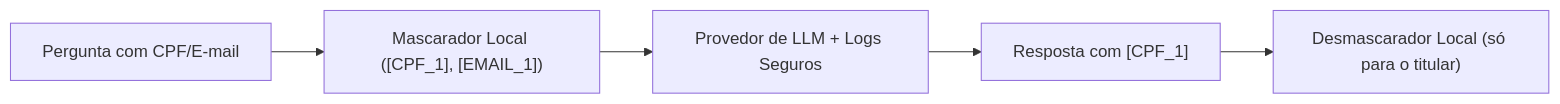
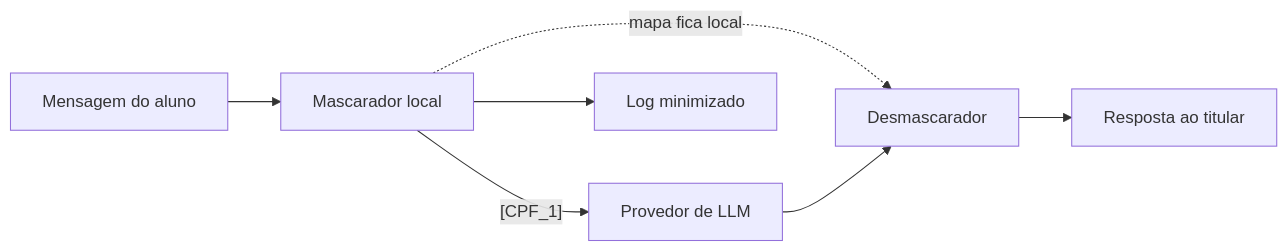
One commit to Lip3Bazinga/v0-level-usp-project changed the diagram in content/cursos/n7-engenharia-de-ia/06-avaliacao-seguranca-e-etica/03-privacidade-e-lgpd.lvl.md. Above: the diagram before and after it, drawn with Mermaid. The commit also changed other lines of this file and 3 other files, not shown here.

````diff
--- a/content/cursos/n7-engenharia-de-ia/06-avaliacao-seguranca-e-etica/03-privacidade-e-lgpd.lvl.md
+++ b/content/cursos/n7-engenharia-de-ia/06-avaliacao-seguranca-e-etica/03-privacidade-e-lgpd.lvl.md
@@ -24,7 +30,9 @@
 ```mermaid
 flowchart LR
-    E["Pergunta com CPF/E-mail"] --> M["Mascarador Local ([CPF_1], [EMAIL_1])"]
-    M --> L["Provedor de LLM + Logs Seguros"]
-    L --> R["Resposta com [CPF_1]"]
-    R --> D["Desmascarador Local (só para o titular)"]
+    A["Mensagem do aluno"] --> M["Mascarador local"]
+    M -->|"[CPF_1]"| P["Provedor de LLM"]
+    M --> L["Log minimizado"]
+    M -. "mapa fica local" .-> D["Desmascarador"]
+    P --> D
+    D --> R["Resposta ao titular"]
 ```
````
